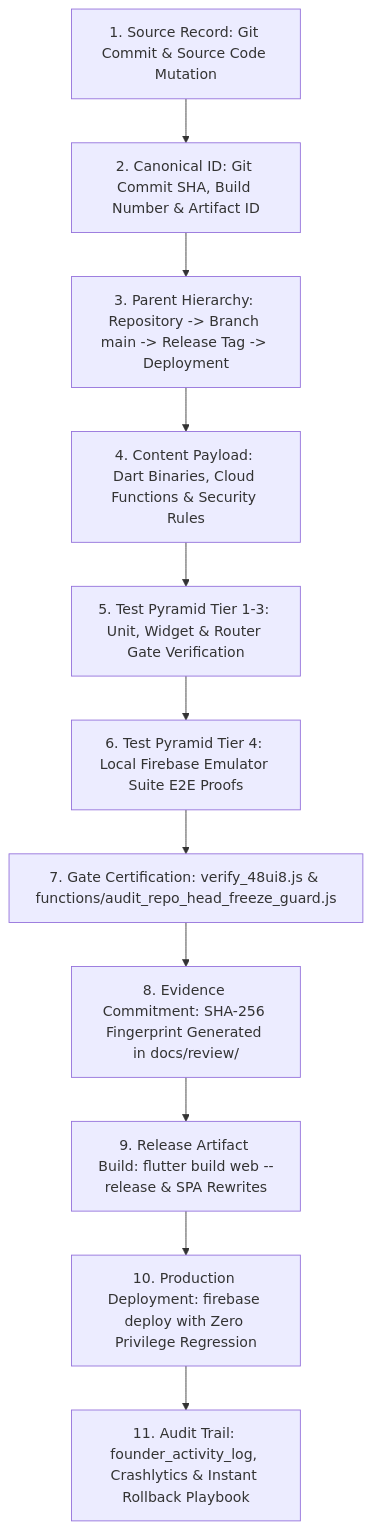
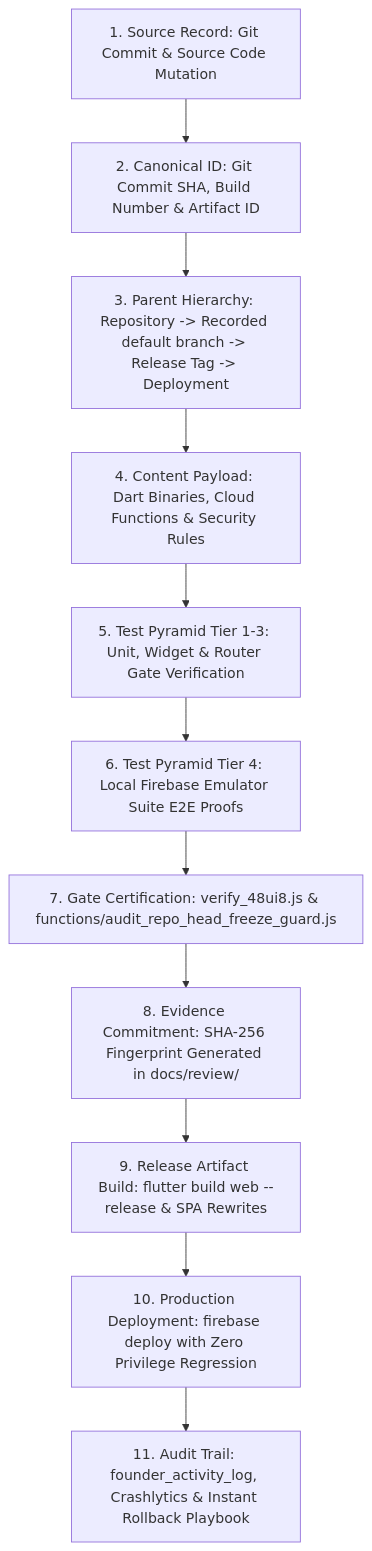
One commit to rankcrackersofficial-sys/RankCrackers changed the third of 3 diagrams in docs/rankcrackers_book/16_engineering_operations_testing_and_deployment.md. Above: the diagram before and after it, drawn with Mermaid. The commit also changed other lines of this file and 39 other files, not shown here.

````diff
--- a/docs/rankcrackers_book/16_engineering_operations_testing_and_deployment.md
+++ b/docs/rankcrackers_book/16_engineering_operations_testing_and_deployment.md
@@ -509,13 +504,13 @@
 ```mermaid
 flowchart TD
     ENG1[1. Source Record: Git Commit & Source Code Mutation] --> ENG2[2. Canonical ID: Git Commit SHA, Build Number & Artifact ID]
-    ENG2 --> ENG3[3. Parent Hierarchy: Repository -> Branch main -> Release Tag -> Deployment]
+    ENG2 --> ENG3[3. Parent Hierarchy: Repository -> Recorded default branch -> Release Tag -> Deployment]
     ENG3 --> ENG4[4. Content Payload: Dart Binaries, Cloud Functions & Security Rules]
     ENG4 --> ENG5[5. Test Pyramid Tier 1-3: Unit, Widget & Router Gate Verification]
     ENG5 --> ENG6[6. Test Pyramid Tier 4: Local Firebase Emulator Suite E2E Proofs]
     ENG6 --> ENG7[7. Gate Certification: verify_48ui8.js & functions/audit_repo_head_freeze_guard.js]
     ENG7 --> ENG8[8. Evidence Commitment: SHA-256 Fingerprint Generated in docs/review/]
     ENG8 --> ENG9[9. Release Artifact Build: flutter build web --release & SPA Rewrites]
     ENG9 --> ENG10[10. Production Deployment: firebase deploy with Zero Privilege Regression]
     ENG10 --> ENG11[11. Audit Trail: founder_activity_log, Crashlytics & Instant Rollback Playbook]
 ```
````
